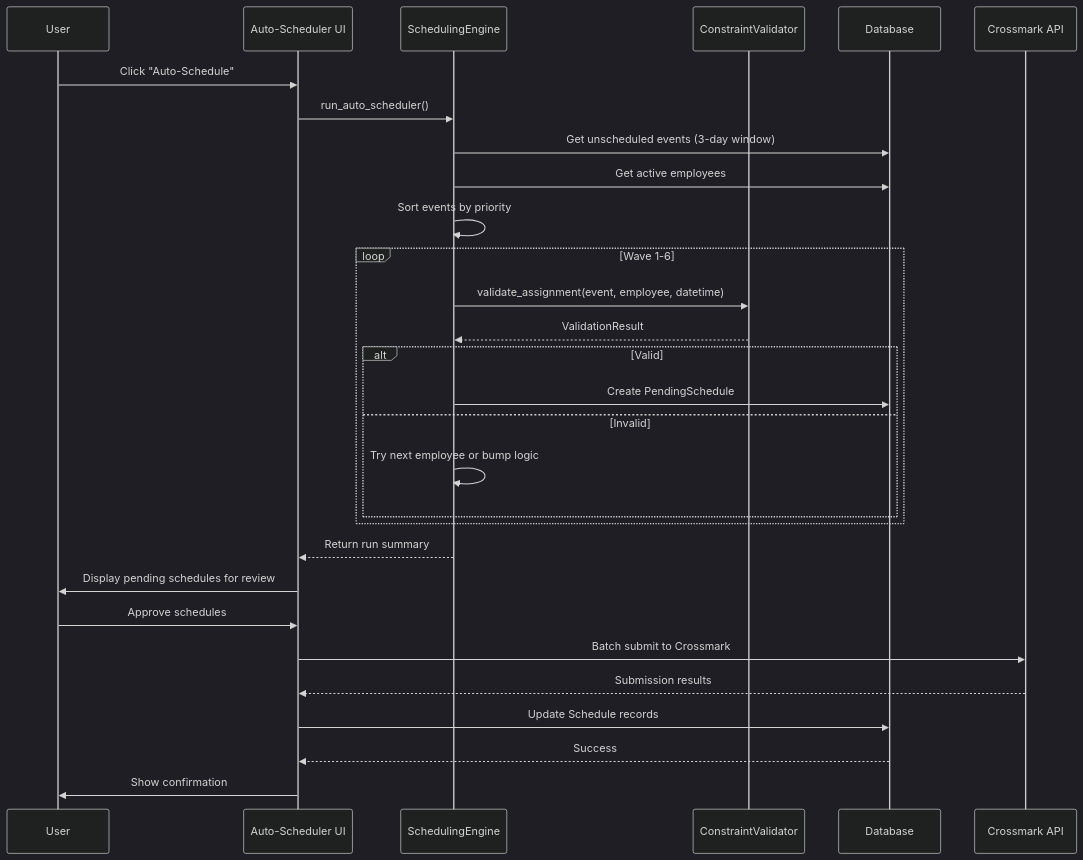
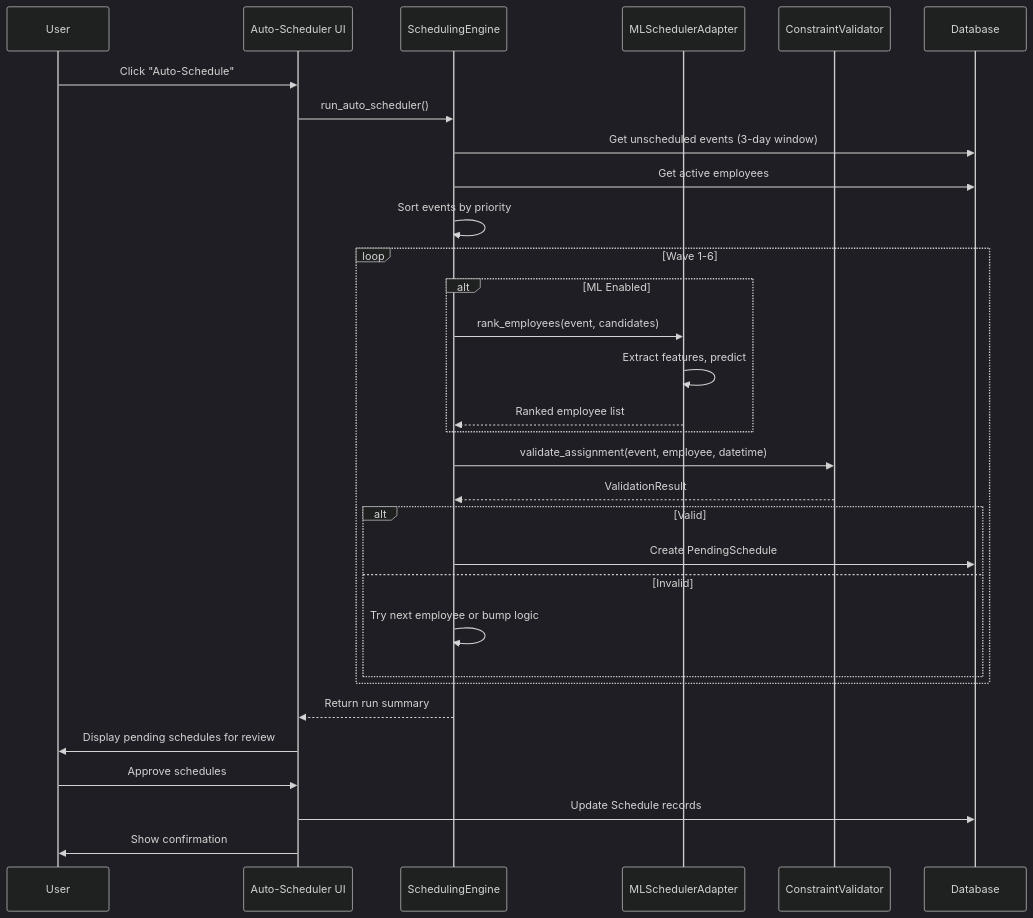
One commit to cyberiseeyou/pceventmanager changed the fourth of 6 diagrams in docs/CODEBASE_MAP.md. Above: the diagram before and after it, drawn with Mermaid (dark theme). The commit also changed other lines of this file and 13 other files, not shown here.

````diff
--- a/docs/CODEBASE_MAP.md
+++ b/docs/CODEBASE_MAP.md
@@ -569,34 +798,36 @@
 ```mermaid
 sequenceDiagram
     participant User
     participant UI as Auto-Scheduler UI
     participant Engine as SchedulingEngine
+    participant ML as MLSchedulerAdapter
     participant Validator as ConstraintValidator
     participant DB as Database
-    participant API as Crossmark API
 
     User->>UI: Click "Auto-Schedule"
     UI->>Engine: run_auto_scheduler()
     Engine->>DB: Get unscheduled events (3-day window)
     Engine->>DB: Get active employees
     Engine->>Engine: Sort events by priority
 
     loop Wave 1-6
+        alt ML Enabled
+            Engine->>ML: rank_employees(event, candidates)
+            ML->>ML: Extract features, predict
+            ML-->>Engine: Ranked employee list
+        end
         Engine->>Validator: validate_assignment(event, employee, datetime)
         Validator-->>Engine: ValidationResult
         alt Valid
             Engine->>DB: Create PendingSchedule
         else Invalid
             Engine->>Engine: Try next employee or bump logic
         end
     end
 
     Engine-->>UI: Return run summary
     UI->>User: Display pending schedules for review
     User->>UI: Approve schedules
-    UI->>API: Batch submit to Crossmark
-    API-->>UI: Submission results
     UI->>DB: Update Schedule records
-    DB-->>UI: Success
     UI->>User: Show confirmation
 ```
````
